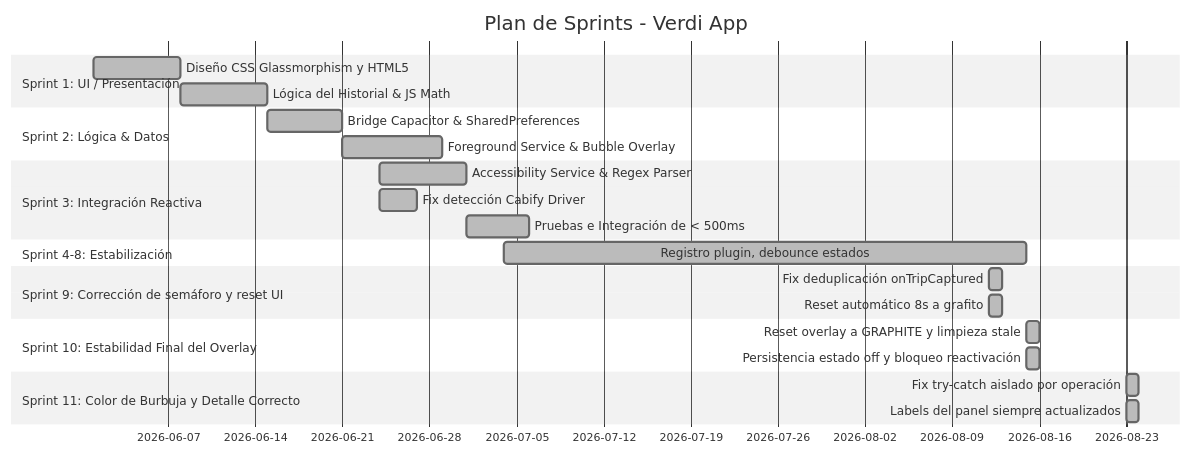
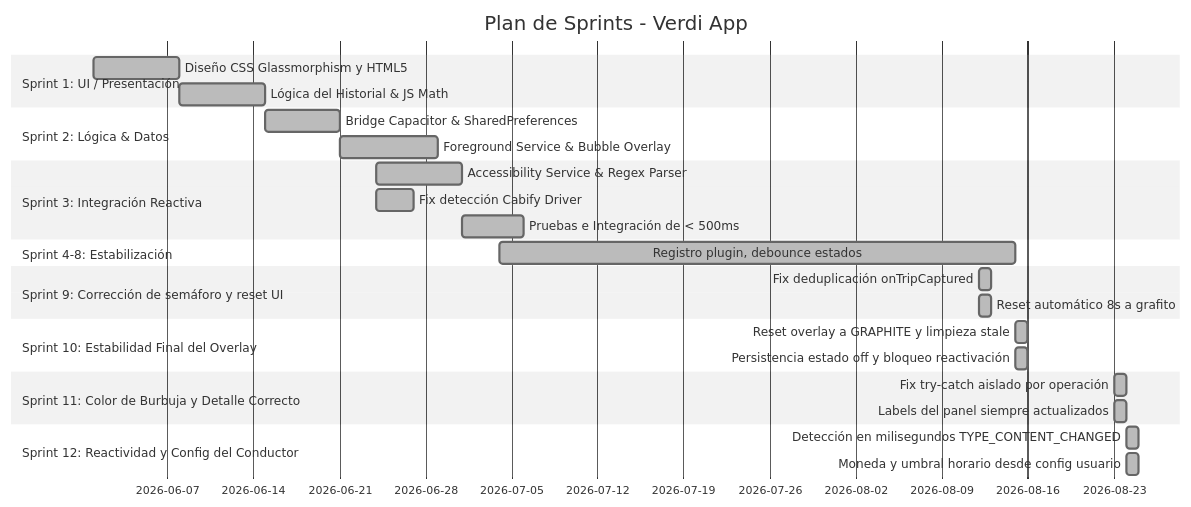
The second of 2 diagrams in README.md (JorgeFreire95/Verdi), drawn with Mermaid (neutral theme) before and after one commit. The commit also changed other lines of this file and 2 other files, not shown here.

````diff
--- a/README.md
+++ b/README.md
@@ -86,26 +86,29 @@
 ```mermaid
 gantt
     title Plan de Sprints - Verdi App
     dateFormat  YYYY-MM-DD
     section Sprint 1: UI / Presentación
     Diseño CSS Glassmorphism y HTML5    :done, s1, 2026-06-01, 7d
     Lógica del Historial & JS Math      :done, s2, after s1, 7d
     section Sprint 2: Lógica & Datos
     Bridge Capacitor & SharedPreferences :done, s3, 2026-06-15, 6d
     Foreground Service & Bubble Overlay  :done, s4, after s3, 8d
     section Sprint 3: Integración Reactiva
     Accessibility Service & Regex Parser :done, s5, 2026-06-24, 7d
     Fix detección Cabify Driver          :done, s6, 2026-06-24, 3d
     Pruebas e Integración de < 500ms     :done, s7, after s5, 5d
     section Sprint 4-8: Estabilización
     Registro plugin, debounce estados    :done, s8, 2026-07-04, 42d
     section Sprint 9: Corrección de semáforo y reset UI
     Fix deduplicación onTripCaptured     :done, s9, 2026-08-12, 1d
     Reset automático 8s a grafito        :done, s10, 2026-08-12, 1d
     section Sprint 10: Estabilidad Final del Overlay
     Reset overlay a GRAPHITE y limpieza stale :done, s11, 2026-08-15, 1d
     Persistencia estado off y bloqueo reactivación :done, s12, 2026-08-15, 1d
     section Sprint 11: Color de Burbuja y Detalle Correcto
     Fix try-catch aislado por operación     :done, s13, 2026-08-23, 1d
     Labels del panel siempre actualizados   :done, s14, 2026-08-23, 1d
+    section Sprint 12: Reactividad y Config del Conductor
+    Detección en milisegundos TYPE_CONTENT_CHANGED :done, s15, 2026-08-24, 1d
+    Moneda y umbral horario desde config usuario   :done, s16, 2026-08-24, 1d
 ```
````
